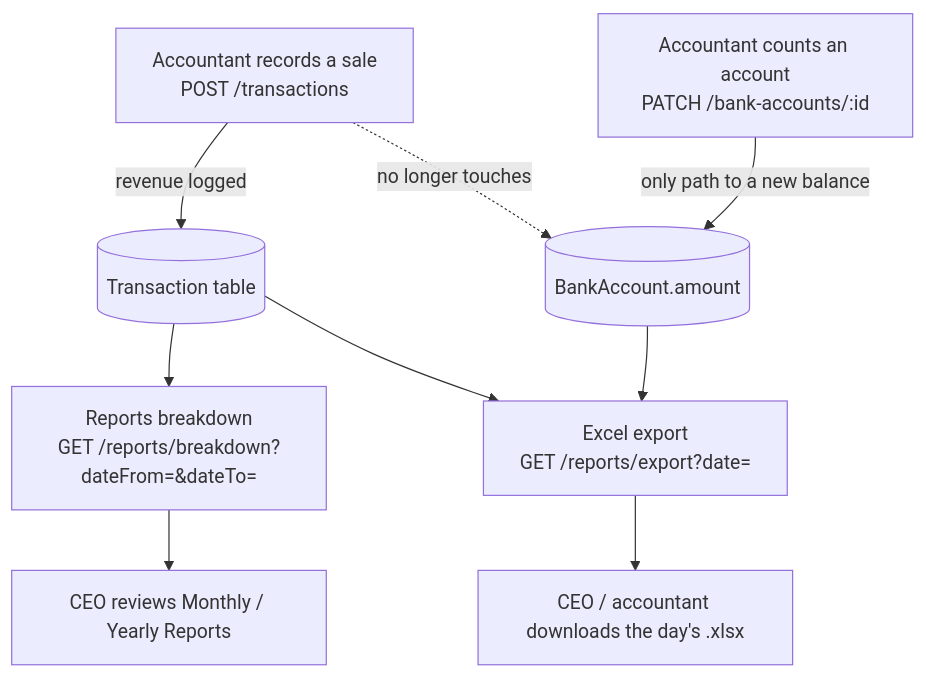
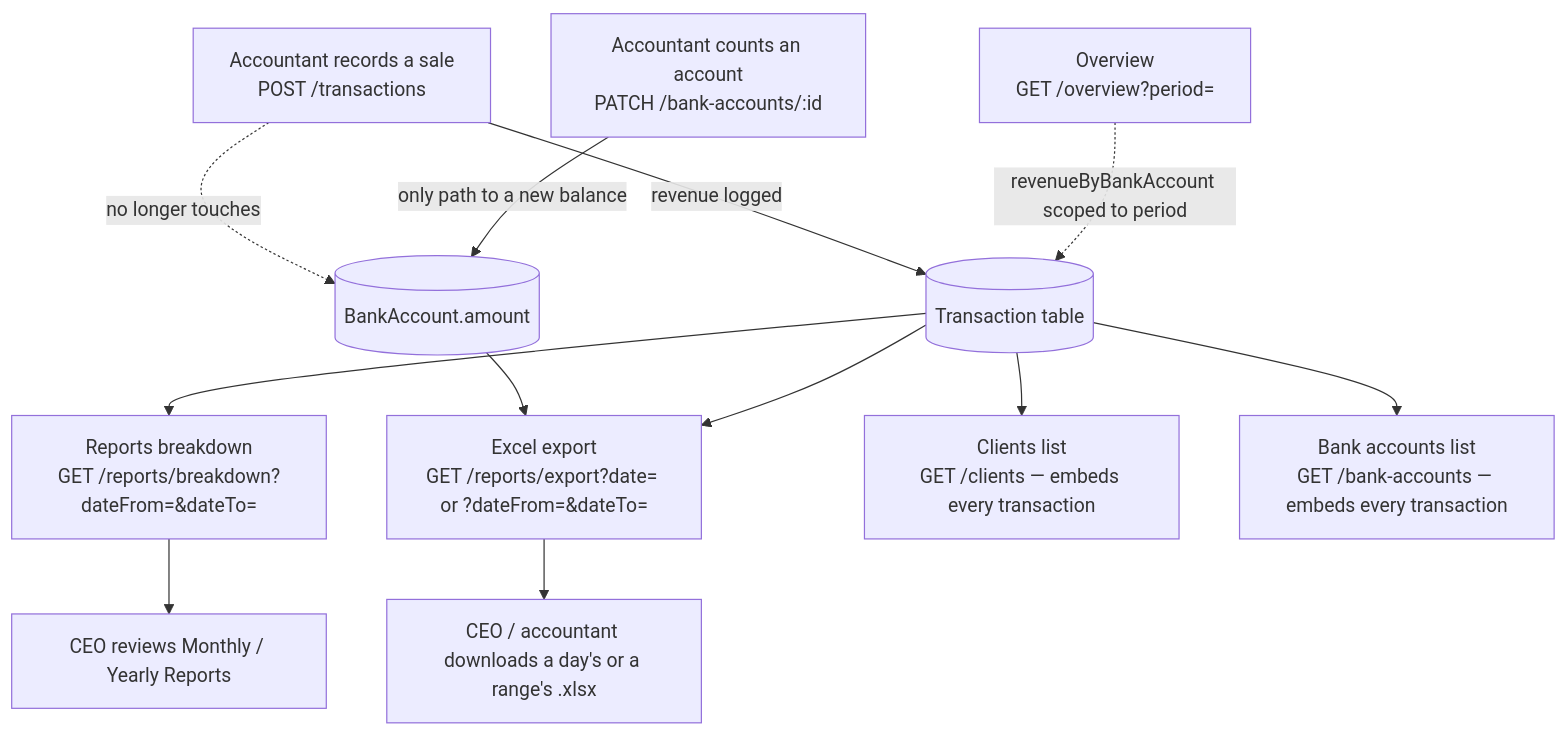
The diagram in docs/accounting-flow-changes.md (AbbasAli4ever/swiftnine-dashboard-backend), drawn with Mermaid before and after one commit. The commit also changed other lines of this file and 7 other files, not shown here.

Commit message:
added date range filter to export file

````diff
--- a/docs/accounting-flow-changes.md
+++ b/docs/accounting-flow-changes.md
@@ -21,11 +21,14 @@
 ```mermaid
 flowchart TD
     A["Accountant records a sale\nPOST /transactions"] -->|"revenue logged"| B[("Transaction table")]
     A -.->|"no longer touches"| C[("BankAccount.amount")]
     D["Accountant counts an account\nPATCH /bank-accounts/:id"] -->|"only path to a new balance"| C
     B --> E["Reports breakdown\nGET /reports/breakdown?dateFrom=&dateTo="]
-    C --> F["Excel export\nGET /reports/export?date="]
+    C --> F["Excel export\nGET /reports/export?date= or ?dateFrom=&dateTo="]
     B --> F
+    B --> I["Clients list\nGET /clients — embeds every transaction"]
+    B --> J["Bank accounts list\nGET /bank-accounts — embeds every transaction"]
     E --> G["CEO reviews Monthly / Yearly Reports"]
-    F --> H["CEO / accountant downloads the day's .xlsx"]
+    F --> H["CEO / accountant downloads a day's or a range's .xlsx"]
+    K["Overview\nGET /overview?period="] -.->|"revenueByBankAccount scoped to period"| B
 ```
````
